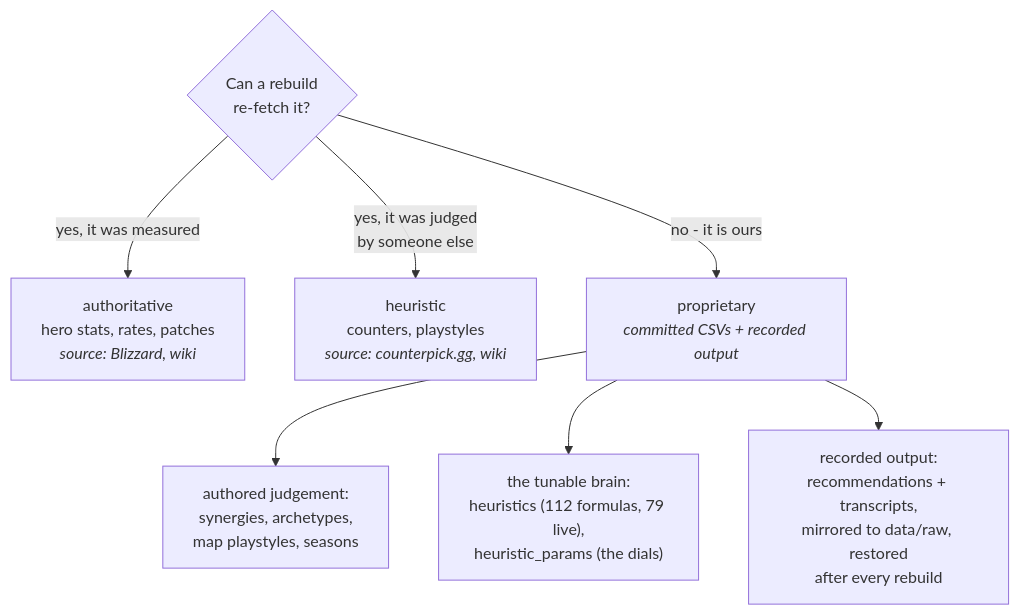
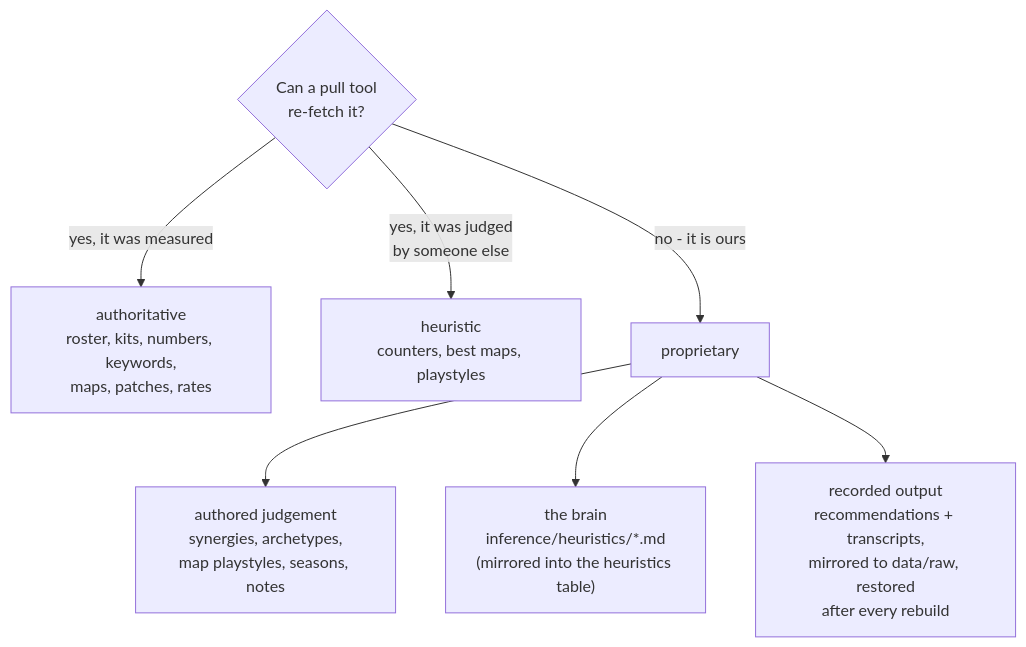
Before and after one commit to mmikol/counter-utility-matrix: the fourth of 5 diagrams in docs/architecture.md, drawn with Mermaid. The commit also changed other lines of this file and 140 other files, not shown here.

````diff
--- a/docs/architecture.md
+++ b/docs/architecture.md
@@ -132,10 +126,10 @@
 ```mermaid
 flowchart TD
-    Q{"Can a rebuild<br/>re-fetch it?"}
-    Q -->|"yes, it was measured"| A["authoritative<br/>hero stats, rates, patches<br/><i>source: Blizzard, wiki</i>"]
-    Q -->|"yes, it was judged<br/>by someone else"| H["heuristic<br/>counters, playstyles<br/><i>source: counterpick.gg, wiki</i>"]
-    Q -->|"no - it is ours"| P["proprietary<br/><i>committed CSVs + recorded output</i>"]
-    P --> P1["authored judgement:<br/>synergies, archetypes,<br/>map playstyles, seasons"]
-    P --> P2["the tunable brain:<br/>heuristics (112 formulas, 79 live),<br/>heuristic_params (the dials)"]
-    P --> P3["recorded output:<br/>recommendations + transcripts,<br/>mirrored to data/raw, restored<br/>after every rebuild"]
+    Q{"Can a pull tool<br/>re-fetch it?"}
+    Q -->|"yes, it was measured"| A["authoritative<br/>roster, kits, numbers, keywords,<br/>maps, patches, rates"]
+    Q -->|"yes, it was judged<br/>by someone else"| H["heuristic<br/>counters, best maps, playstyles"]
+    Q -->|"no - it is ours"| P["proprietary"]
+    P --> P1["authored judgement<br/>synergies, archetypes,<br/>map playstyles, seasons, notes"]
+    P --> P2["the brain<br/>inference/heuristics/*.md<br/>(mirrored into the heuristics table)"]
+    P --> P3["recorded output<br/>recommendations + transcripts,<br/>mirrored to data/raw, restored<br/>after every rebuild"]
 ```
````
